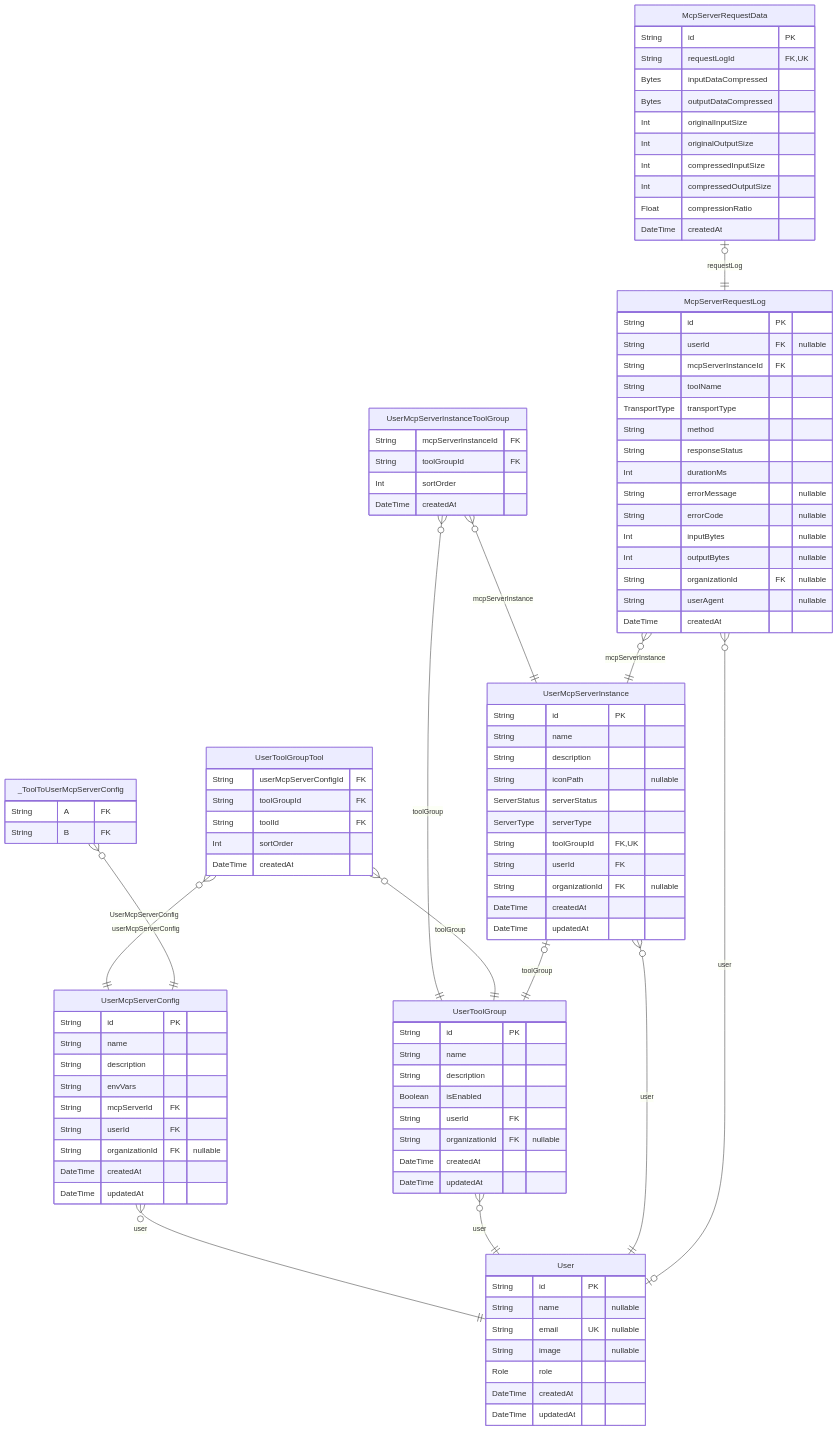
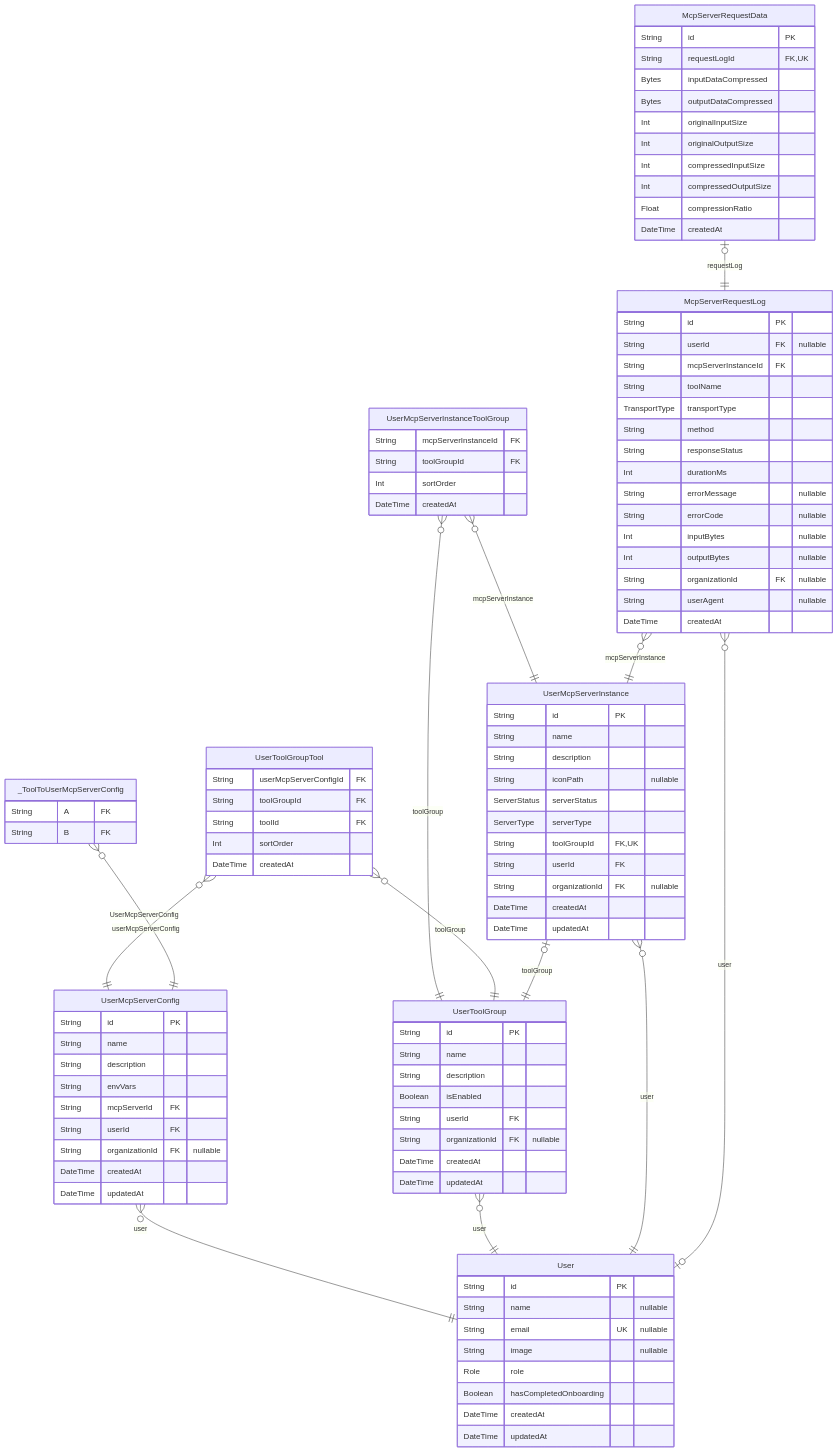
Before and after one commit to rayven122/tumiki: the fifth of 7 diagrams in packages/db/prisma/README.md, drawn with Mermaid. The commit also changed other lines of this file and 5 other files, not shown here.

```diff
--- a/packages/db/prisma/README.md
+++ b/packages/db/prisma/README.md
@@ -603,6 +605,7 @@
   String email UK "nullable"
   String image "nullable"
   Role role
+  Boolean hasCompletedOnboarding
   DateTime createdAt
   DateTime updatedAt
 }
```
